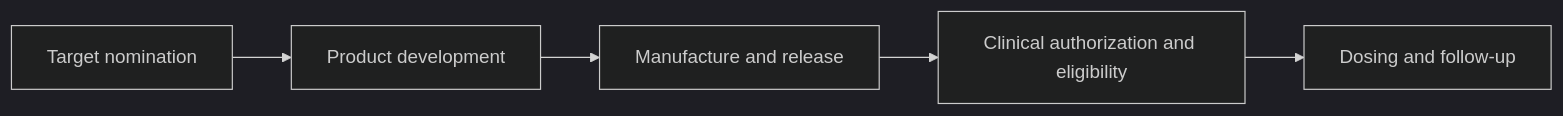
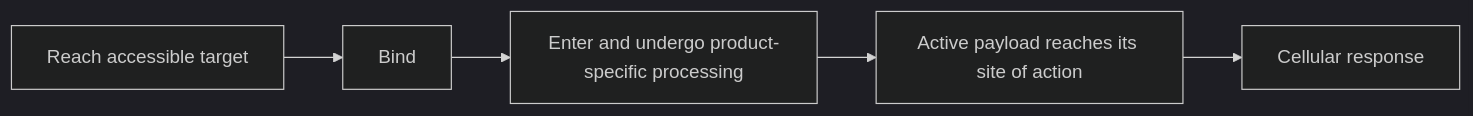
Before and after one commit to jasonLaster/oncoguide: the diagram in wiki/education/targeted-therapy-modalities/02-timing.md, drawn with Mermaid (dark theme). The commit also changed other lines of this file and 219 other files, not shown here.

````diff
--- a/wiki/education/targeted-therapy-modalities/02-timing.md
+++ b/wiki/education/targeted-therapy-modalities/02-timing.md
@@ -28,7 +34,7 @@
 ```mermaid
 flowchart LR
-  A[Target nomination] --> B[Product development]
-  B --> C[Manufacture and release]
-  C --> D[Clinical authorization and eligibility]
-  D --> E[Dosing and follow-up]
+ A["Reach accessible target"] --> B["Bind"]
+ B --> C["Enter and undergo product-specific processing"]
+ C --> D["Active payload reaches its site of action"]
+ D --> E["Cellular response"]
 ```
````
